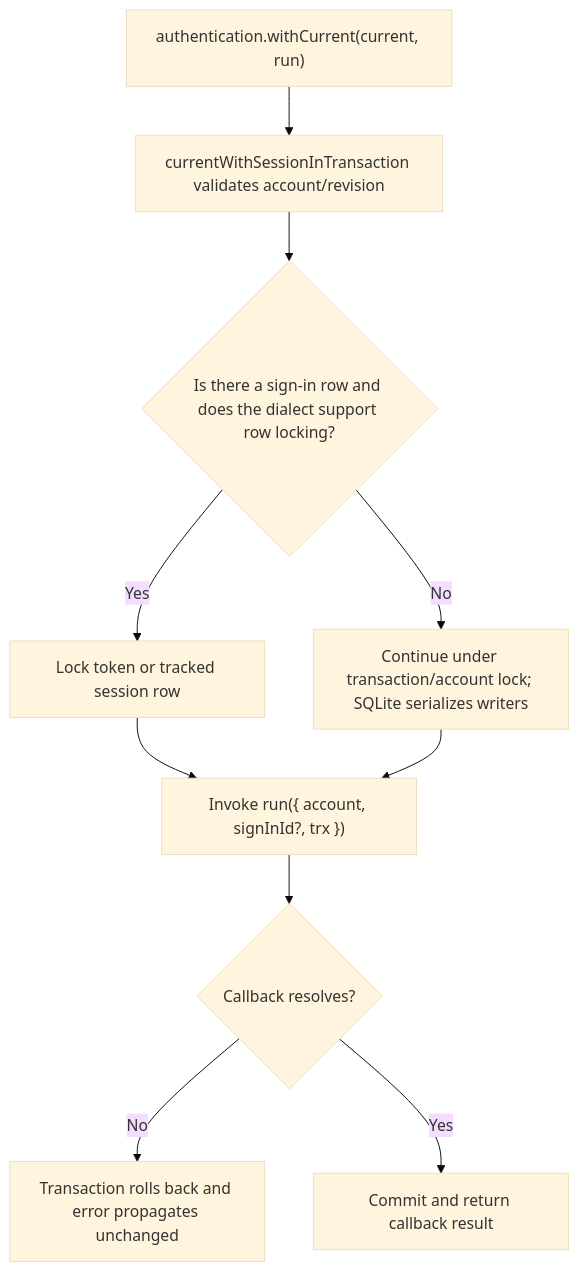
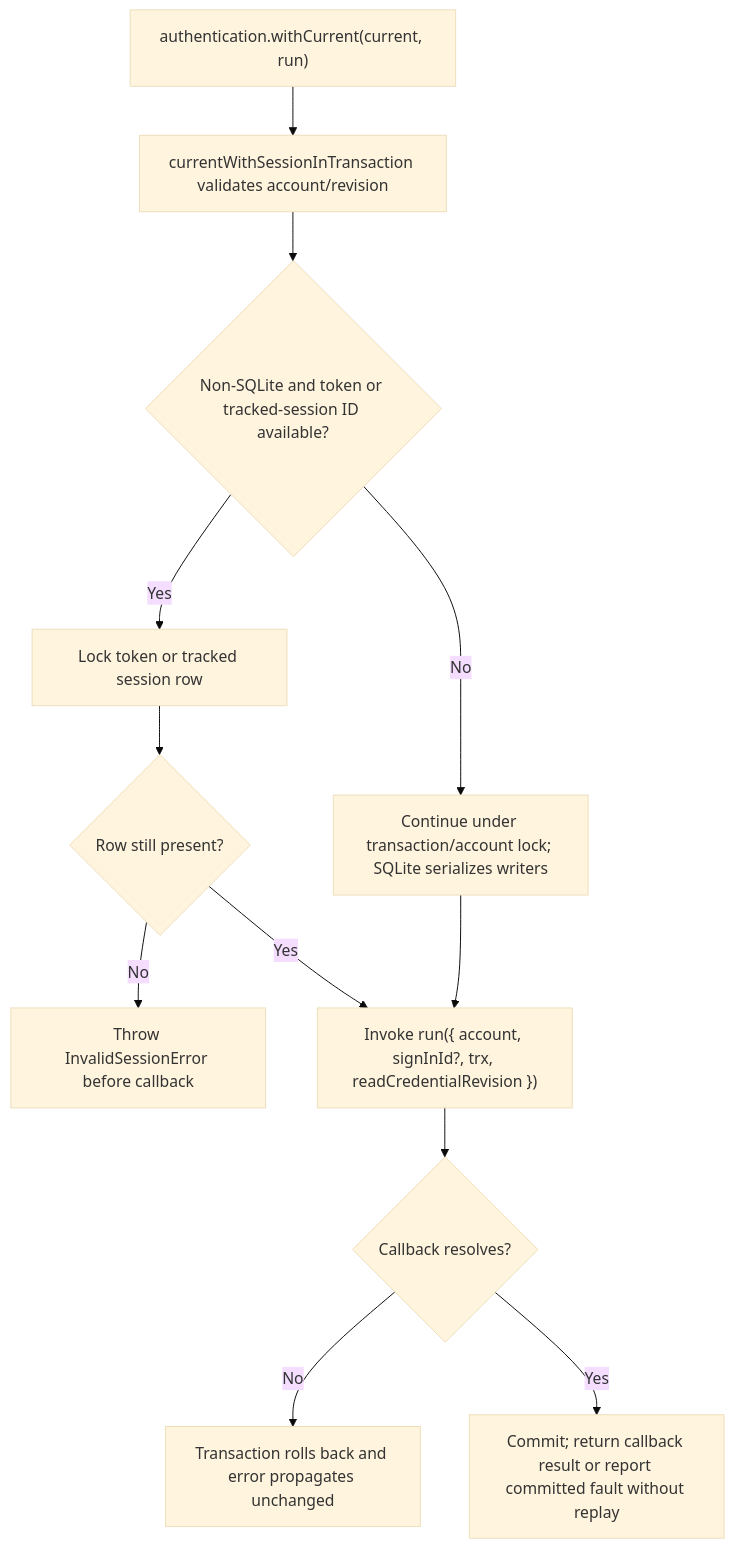
Before and after one commit to Kevinjohn/oss-adonisjs-account-kit: the second of 2 diagrams in user-stories/US-ACCOUNT-41-guard-host-write-with-current.md, drawn with Mermaid (base theme). The commit also changed other lines of this file and 43 other files, not shown here.

````diff
--- a/user-stories/US-ACCOUNT-41-guard-host-write-with-current.md
+++ b/user-stories/US-ACCOUNT-41-guard-host-write-with-current.md
@@ -33,12 +35,14 @@
 ```mermaid
 flowchart TD
  A["authentication.withCurrent(current, run)"] --> B["currentWithSessionInTransaction validates account/revision"]
- B --> C{"Is there a sign-in row and does the dialect support row locking?"}
+ B --> C{"Non-SQLite and token or tracked-session ID available?"}
  C -->|Yes| D["Lock token or tracked session row"]
+ D --> V{"Row still present?"}
+ V -->|No| X["Throw InvalidSessionError before callback"]
  C -->|No| E["Continue under transaction/account lock; SQLite serializes writers"]
- D --> F["Invoke run({ account, signInId?, trx })"]
+ V -->|Yes| F["Invoke run({ account, signInId?, trx, readCredentialRevision })"]
  E --> F
  F --> G{"Callback resolves?"}
  G -->|No| H["Transaction rolls back and error propagates unchanged"]
- G -->|Yes| I["Commit and return callback result"]
+ G -->|Yes| I["Commit; return callback result or report committed fault without replay"]
 ```
````
